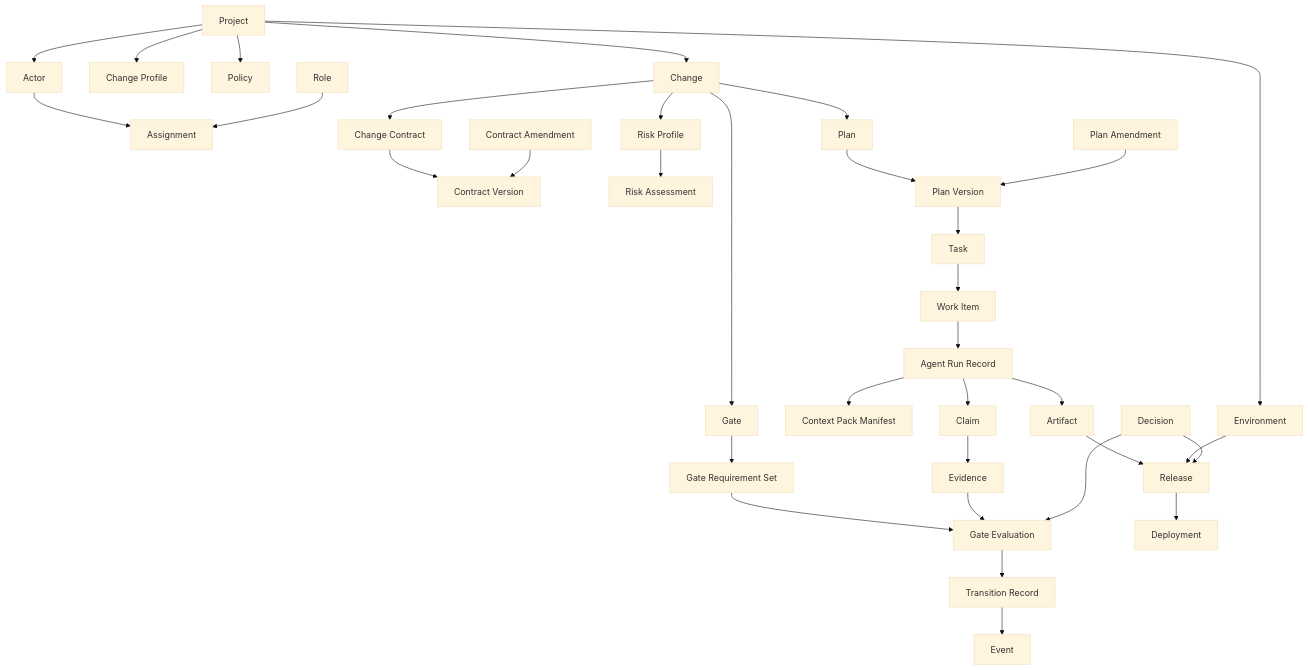
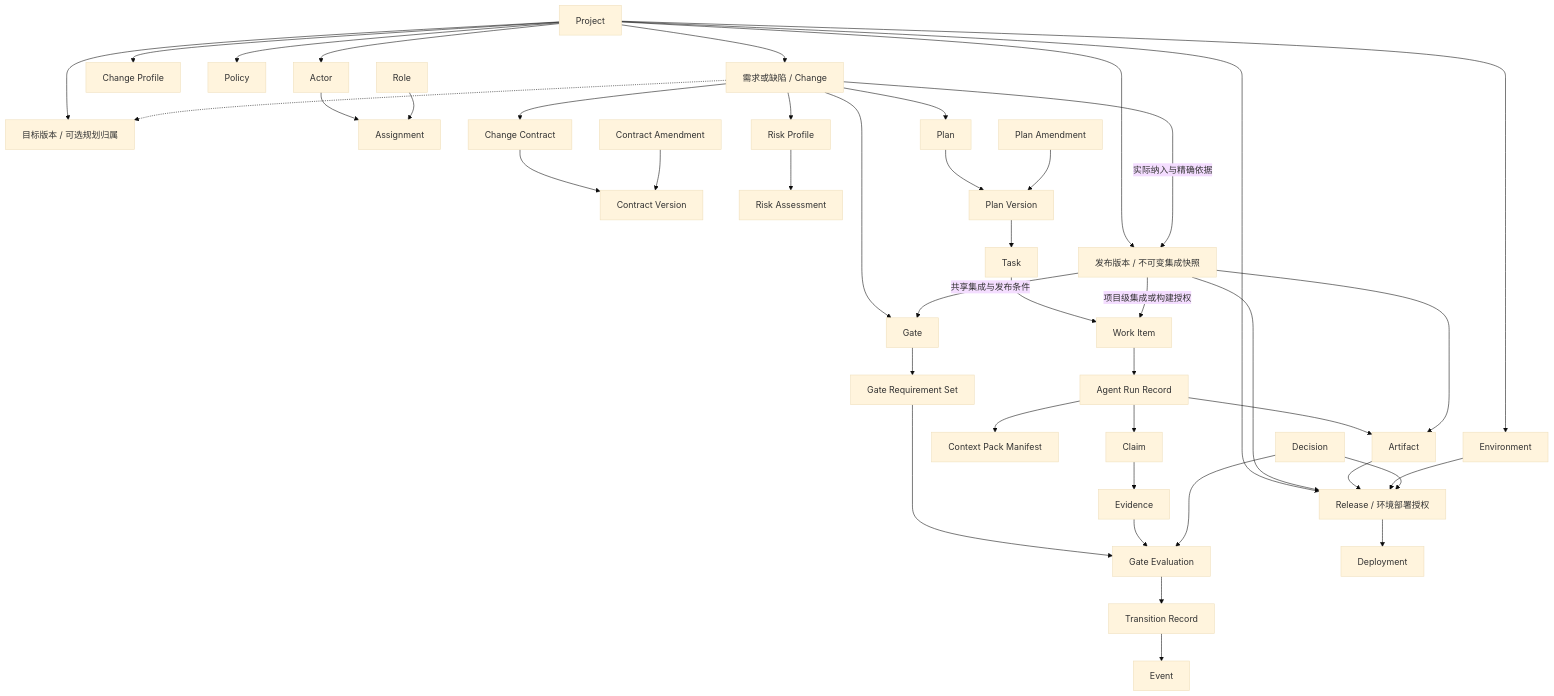
One commit to hecotr/cimi-ai-native changed the first of 2 diagrams in docs/architecture/CimiChangeProtocol核心领域模型-v0.1.md. Above: the diagram before and after it, drawn with Mermaid (base theme). The commit also changed other lines of this file and 11 other files, not shown here.

````diff
--- a/docs/architecture/CimiChangeProtocol核心领域模型-v0.1.md
+++ b/docs/architecture/CimiChangeProtocol核心领域模型-v0.1.md
@@ -162,42 +171,51 @@
 ```mermaid
 flowchart TD
-    Project --> Change
+    Project --> Change[需求或缺陷 / Change]
+    Project --> TargetVersion[目标版本 / 可选规划归属]
+    Change -.-> TargetVersion
+    Project --> Publication[发布版本 / 不可变集成快照]
+    Change -->|实际纳入与精确依据| Publication
     Project --> Profile[Change Profile]
     Project --> Policy
     Project --> Environment
     Project --> Actor
     Actor --> Assignment
     Role --> Assignment
 
     Change --> Contract[Change Contract]
     Contract --> ContractVersion[Contract Version]
     ContractAmendment[Contract Amendment] --> ContractVersion
 
     Change --> RiskProfile[Risk Profile]
     RiskProfile --> RiskAssessment[Risk Assessment]
 
     Change --> Plan
     Plan --> PlanVersion[Plan Version]
     PlanAmendment[Plan Amendment] --> PlanVersion
     PlanVersion --> Task
 
     Task --> WorkItem[Work Item]
+    Publication -->|项目级集成或构建授权| WorkItem
     WorkItem --> Run[Agent Run Record]
     Run --> Context[Context Pack Manifest]
     Run --> Artifact
     Run --> Claim
     Claim --> Evidence
 
     Change --> Gate
+    Publication -->|共享集成与发布条件| Gate
     Gate --> Requirements[Gate Requirement Set]
     Requirements --> Evaluation[Gate Evaluation]
     Evidence --> Evaluation
     Decision --> Evaluation
     Evaluation --> Transition[Transition Record]
     Transition --> Event
 
+    Publication --> Artifact
+    Project --> Release[Release / 环境部署授权]
+    Publication --> Release
     Artifact --> Release
     Environment --> Release
     Decision --> Release
     Release --> Deployment
 ```
````
